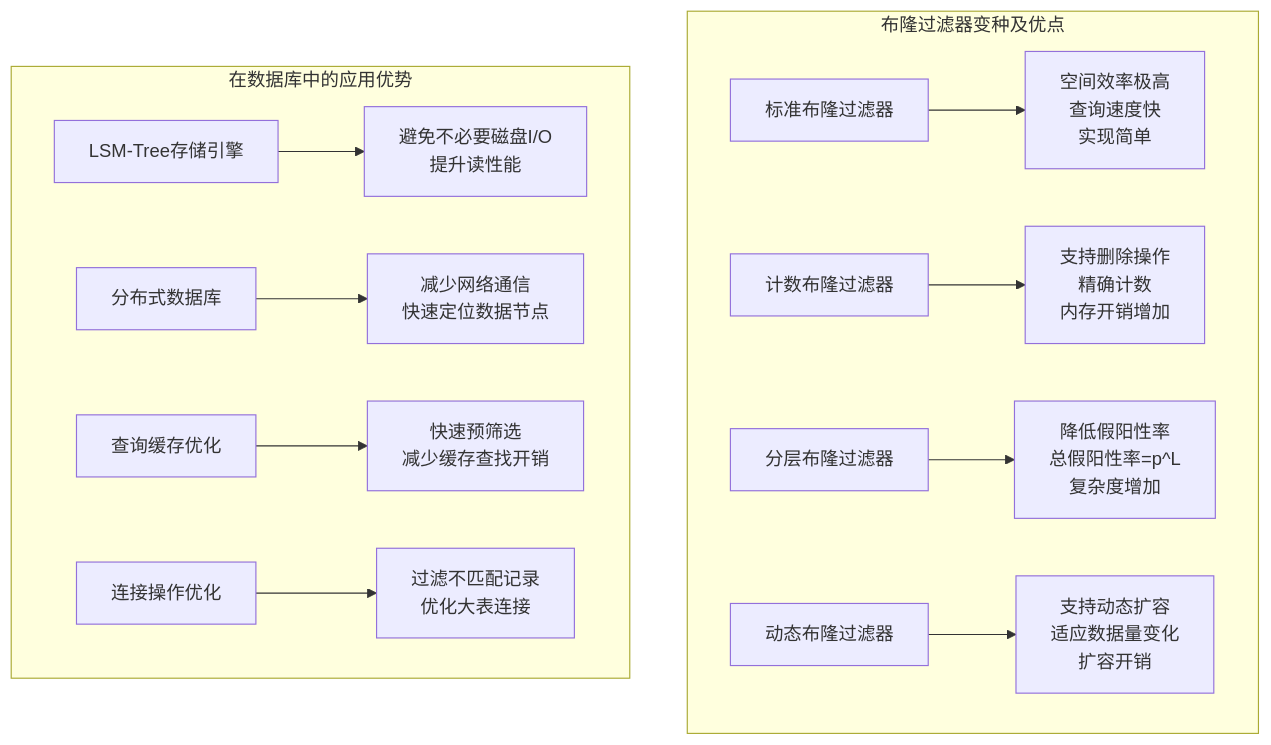
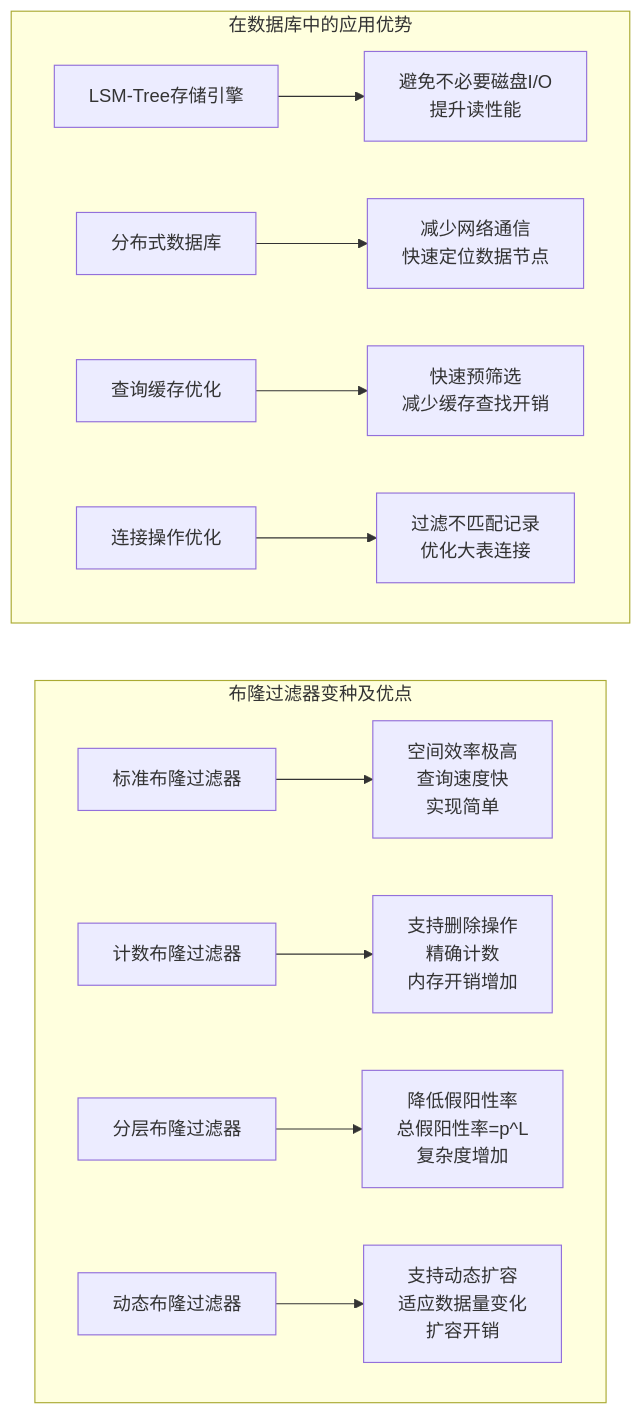
The diagram in md/images/2-图2.4 布隆过滤器在数据库中应用及特点.mmd (crazypenguincode/duckdb), drawn with Mermaid before and after one commit. The commit also changed 19 other files, not shown here.

```diff
--- a/md/images/2-图2.4 布隆过滤器在数据库中应用及特点.mmd
+++ b/md/images/2-图2.4 布隆过滤器在数据库中应用及特点.mmd
@@ -1,30 +1,30 @@
-graph TB
+graph LR
 
 
 %% =============== 子图2: 变种及优点 ===============
     subgraph "布隆过滤器变种及优点"
         direction LR
         K[标准布隆过滤器]
         L[计数布隆过滤器]
         M[分层布隆过滤器]
         N[动态布隆过滤器]
 
         K --> K1[" 空间效率极高<br/>查询速度快<br/>实现简单"]
         L --> L1[" 支持删除操作<br/>精确计数<br/>内存开销增加"]
         M --> M1[" 降低假阳性率<br/>总假阳性率=p^L<br/>复杂度增加"]
         N --> N1[" 支持动态扩容<br/>适应数据量变化<br/>扩容开销"]
     end
 
 %% =============== 子图3: 在数据库中的应用优势 ===============
     subgraph "在数据库中的应用优势"
         direction LR
         O[LSM-Tree存储引擎]
         P[分布式数据库]
         Q[查询缓存优化]
         R[连接操作优化]
 
         O --> O1[" 避免不必要磁盘I/O<br/>提升读性能"]
         P --> P1[" 减少网络通信<br/>快速定位数据节点"]
         Q --> Q1[" 快速预筛选<br/>减少缓存查找开销"]
         R --> R1[" 过滤不匹配记录<br/>优化大表连接"]
     end
```
